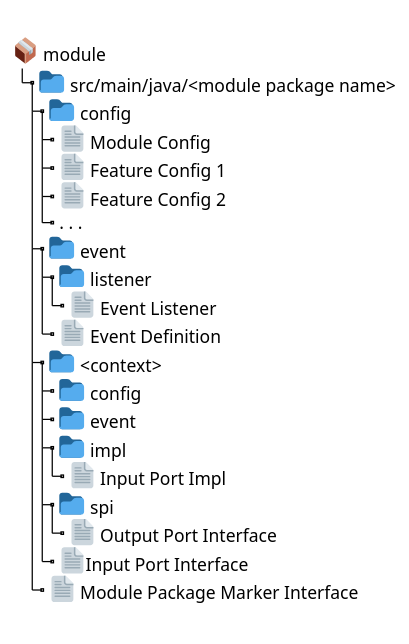
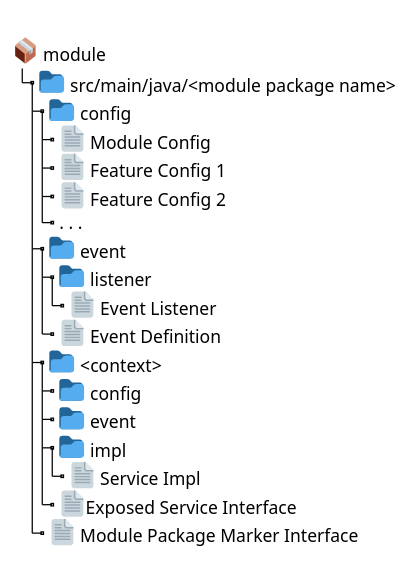
Before and after one commit to bitsmi-blog/springboot-showcase: the second of 3 diagrams in docs/src/main/antora/modules/ways-of-working/pages/explanation/architecture.adoc, drawn with PlantUML. The commit also changed other lines of this file and 21 other files, not shown here.

```diff
--- a/docs/src/main/antora/modules/ways-of-working/pages/explanation/architecture.adoc
+++ b/docs/src/main/antora/modules/ways-of-working/pages/explanation/architecture.adoc
@@ -106,33 +139,31 @@
 [plantuml]
 ----
 @startuml
 skinparam Legend {
 	BackgroundColor transparent
 	BorderColor transparent
 }
 legend
 
 <:package:> module
 |_ <:file_folder:> src/main/java/<module package name>
   |_ <:file_folder:> config
     |_ <:page_facing_up:> Module Config
     |_ <:page_facing_up:> Feature Config 1
     |_ <:page_facing_up:> Feature Config 2
     |_ . . .
   |_ <:file_folder:> event
     |_ <:file_folder:> listener
       |_ <:page_facing_up:> Event Listener
     |_ <:page_facing_up:> Event Definition
   |_ <:file_folder:> <context>
     |_ <:file_folder:> config
     |_ <:file_folder:> event
     |_ <:file_folder:> impl
-      |_ <:page_facing_up:> Input Port Impl
-    |_ <:file_folder:> spi
-      |_ <:page_facing_up:> Output Port Interface
-    |_ <:page_facing_up:>Input Port Interface
+      |_ <:page_facing_up:> Service Impl
+    |_ <:page_facing_up:>Exposed Service Interface
   |_ <:page_facing_up:> Module Package Marker Interface
 
 end legend
 @end uml
 ----
```
